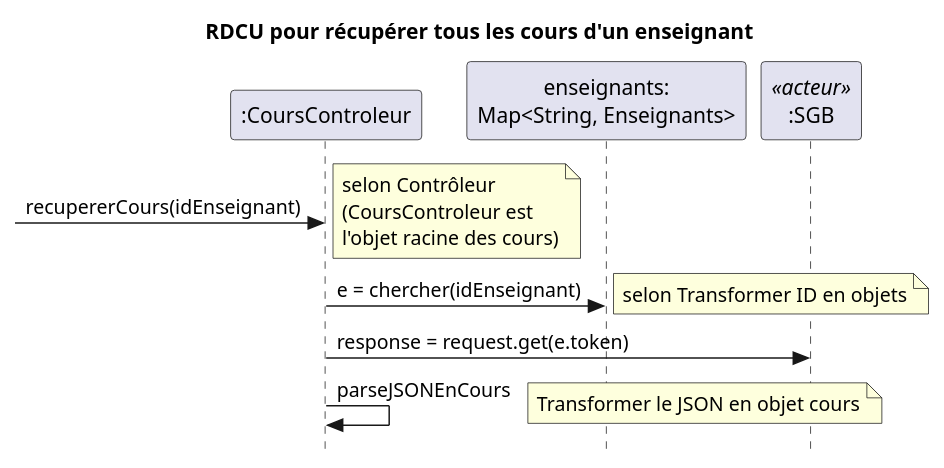
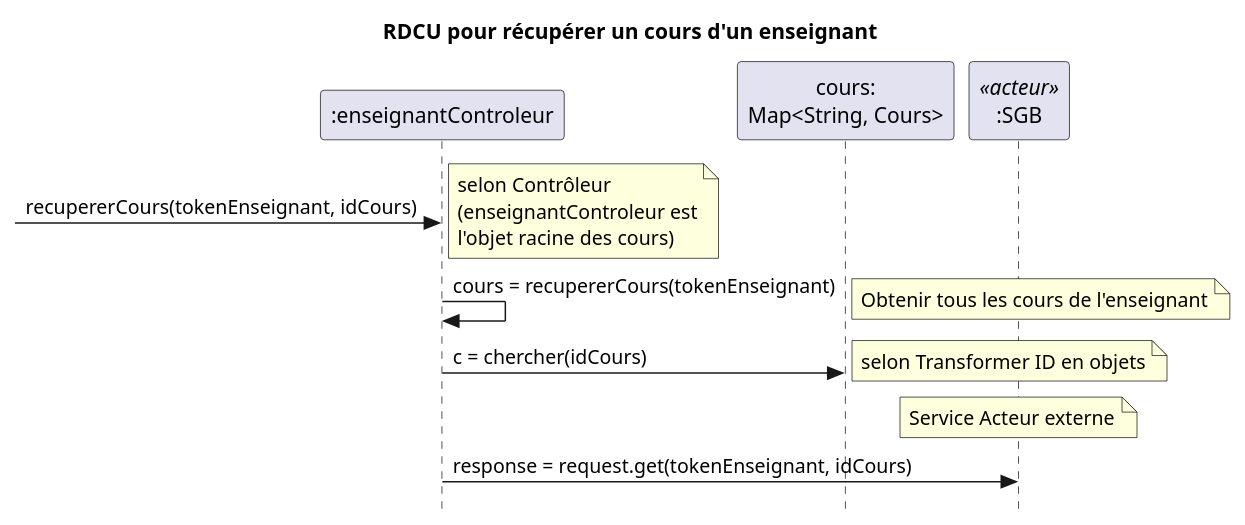
One commit to nerdz88/SGA-TS changed the second of 2 diagrams in docs/rdcu-recupererTouslesCours.puml. Above: the diagram before and after it, drawn with PlantUML. The commit also changed other lines of this file and 1 other file, not shown here.

Commit message:
Correction rdcu en team

```diff
--- a/docs/rdcu-recupererTouslesCours.puml
+++ b/docs/rdcu-recupererTouslesCours.puml
@@ -1,20 +15,16 @@
 @startuml 
 skinparam style strictuml
 skinparam defaultfontname Verdana
-title RDCU pour récupérer tous les cours d'un enseignant
-participant ":CoursControleur" as coursControleur
-
-->coursControleur : recupererCours(idEnseignant)
-note right : selon Contrôleur\n(CoursControleur est\nl'objet racine des cours)
-participant "enseignants:\nMap<String, Enseignants>" as CollectionEnseignants
-coursControleur -> CollectionEnseignants : e = chercher(idEnseignant) 
+title RDCU pour récupérer un cours d'un enseignant
+participant ":enseignantControleur" as enseignantControleur
+->enseignantControleur : recupererCours(tokenEnseignant, idCours)
+note right : selon Contrôleur\n(enseignantControleur est\nl'objet racine des cours)
+enseignantControleur -> enseignantControleur : cours = recupererCours(tokenEnseignant)
+note right : Obtenir tous les cours de l'enseignant
+participant "cours:\nMap<String, Cours>" as CollectionCours
+enseignantControleur -> CollectionCours : c = chercher(idCours) 
 note right : selon Transformer ID en objets
-'TODO - SGB ici mais je ne suis pas sure sion on peut mettre une Map
 participant ":SGB" as sgb << acteur >>
-'TODO je ne sais pas comment mettre la note en haut du participant
-'rnote over sgb: Service Acteur externe 
-coursControleur -> sgb : response = request.get(e.token)
-coursControleur -> coursControleur : parseJSONEnCours 
-note right: Transformer le JSON en objet cours
-
+note over sgb: Service Acteur externe 
+enseignantControleur -> sgb : response = request.get(tokenEnseignant, idCours)
 @enduml
```
